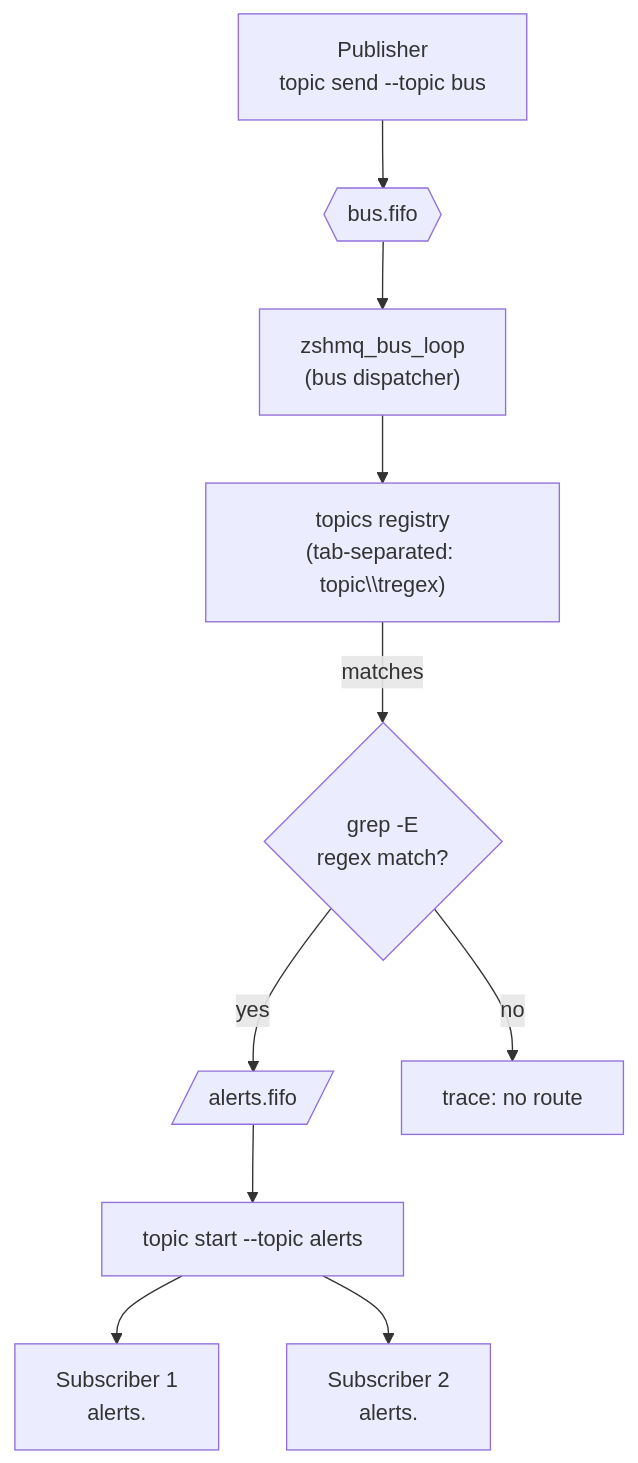
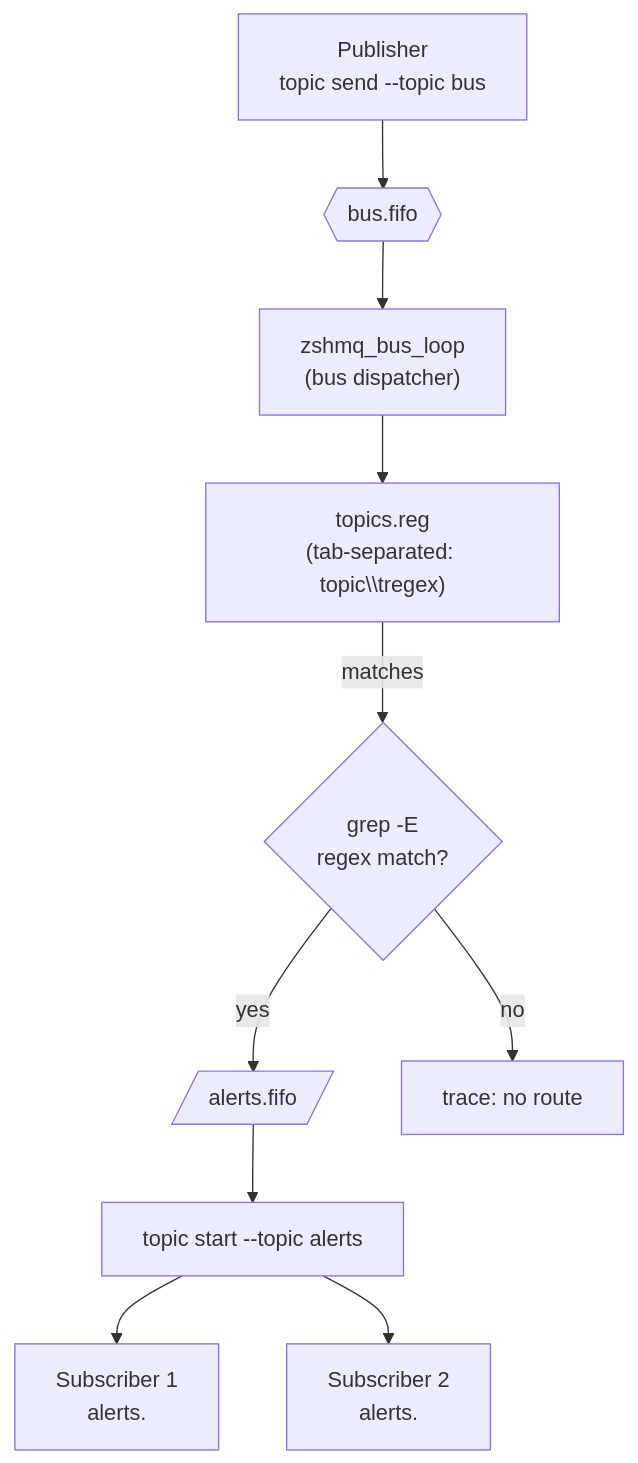
One commit to mparkachov/zshmq changed the second of 2 diagrams in README.md. Above: the diagram before and after it, drawn with Mermaid. The commit also changed other lines of this file and 4 other files, not shown here.

Commit message:
Renamed topics registry to topics.reg

````diff
--- a/README.md
+++ b/README.md
@@ -64,12 +64,12 @@
 ```mermaid
 flowchart TD
   pub["Publisher<br/>topic send --topic bus"] --> bus_fifo{{"bus.fifo"}}
   bus_fifo --> bus_loop["zshmq_bus_loop<br/>(bus dispatcher)"]
-  bus_loop --> registry["topics registry<br/>(tab-separated: topic\\tregex)"]
+  bus_loop --> registry["topics.reg<br/>(tab-separated: topic\\tregex)"]
   registry -- matches --> match{"grep -E<br/>regex match?"}
   match -- yes --> alerts_fifo[/alerts.fifo/]
   alerts_fifo --> alerts_dispatcher["topic start --topic alerts"]
   alerts_dispatcher --> sub1["Subscriber 1<br/>alerts.<pid>"]
   alerts_dispatcher --> sub2["Subscriber 2<br/>alerts.<pid>"]
   match -- no --> drop["trace: no route"]
 ```
````
